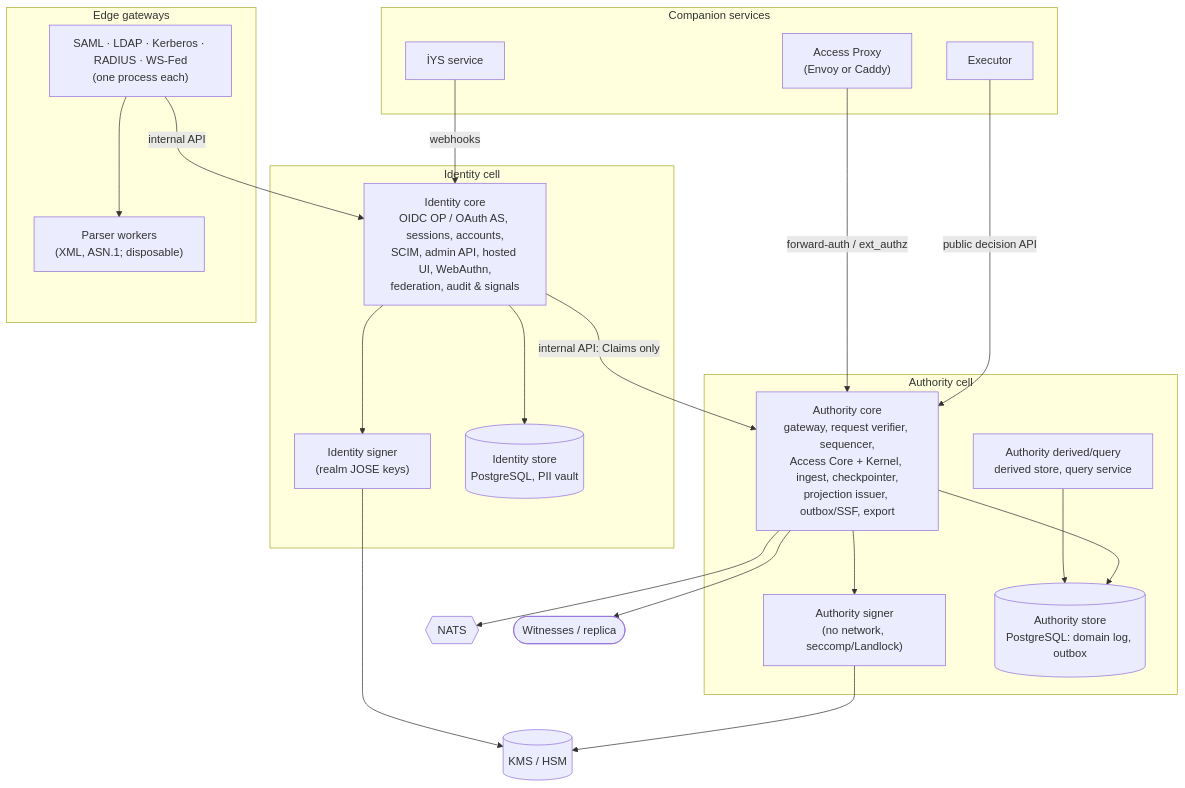
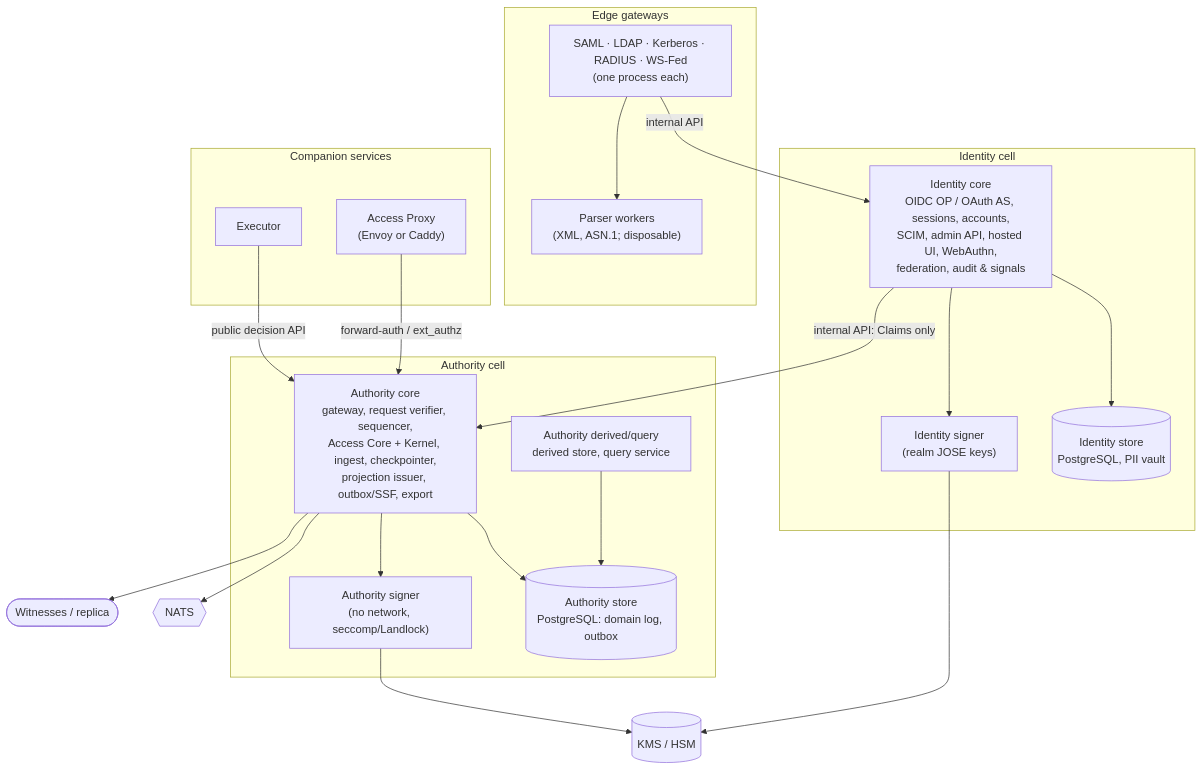
The second of 2 diagrams in docs/architecture/README.md (e-suiss/access), drawn with Mermaid before and after one commit. The commit also changed other lines of this file and 13 other files, not shown here.

````diff
--- a/docs/architecture/README.md
+++ b/docs/architecture/README.md
@@ -30,49 +30,47 @@
 ```mermaid
 flowchart TB
     subgraph authority["Authority cell"]
         acore["Authority core<br/>gateway, request verifier, sequencer,<br/>Access Core + Kernel, ingest, checkpointer,<br/>projection issuer, outbox/SSF, export"]
         aquery["Authority derived/query<br/>derived store, query service"]
         asigner["Authority signer<br/>(no network, seccomp/Landlock)"]
         astore[("Authority store<br/>PostgreSQL: domain log, outbox")]
     end
 
     subgraph identity["Identity cell"]
         icore["Identity core<br/>OIDC OP / OAuth AS, sessions, accounts,<br/>SCIM, admin API, hosted UI, WebAuthn,<br/>federation, audit & signals"]
         isigner["Identity signer<br/>(realm JOSE keys)"]
         istore[("Identity store<br/>PostgreSQL, PII vault")]
     end
 
     subgraph edge["Edge gateways"]
         gw["SAML · LDAP · Kerberos · RADIUS · WS-Fed<br/>(one process each)"]
         pw["Parser workers<br/>(XML, ASN.1; disposable)"]
     end
 
     subgraph companions["Companion services"]
         exec["Executor"]
         proxy["Access Proxy<br/>(Envoy or Caddy)"]
-        iys["İYS service"]
     end
 
     nats{{"NATS"}}
     kms[("KMS / HSM")]
     witness(["Witnesses / replica"])
 
     acore --> astore
     aquery --> astore
     acore --> asigner
     acore --> nats
     acore --> witness
     asigner --> kms
 
     icore --> istore
     icore --> isigner
     isigner --> kms
     icore -->|internal API: Claims only| acore
 
     gw -->|internal API| icore
     gw --> pw
 
     exec -->|public decision API| acore
     proxy -->|forward-auth / ext_authz| acore
-    iys -->|webhooks| icore
 ```
````
